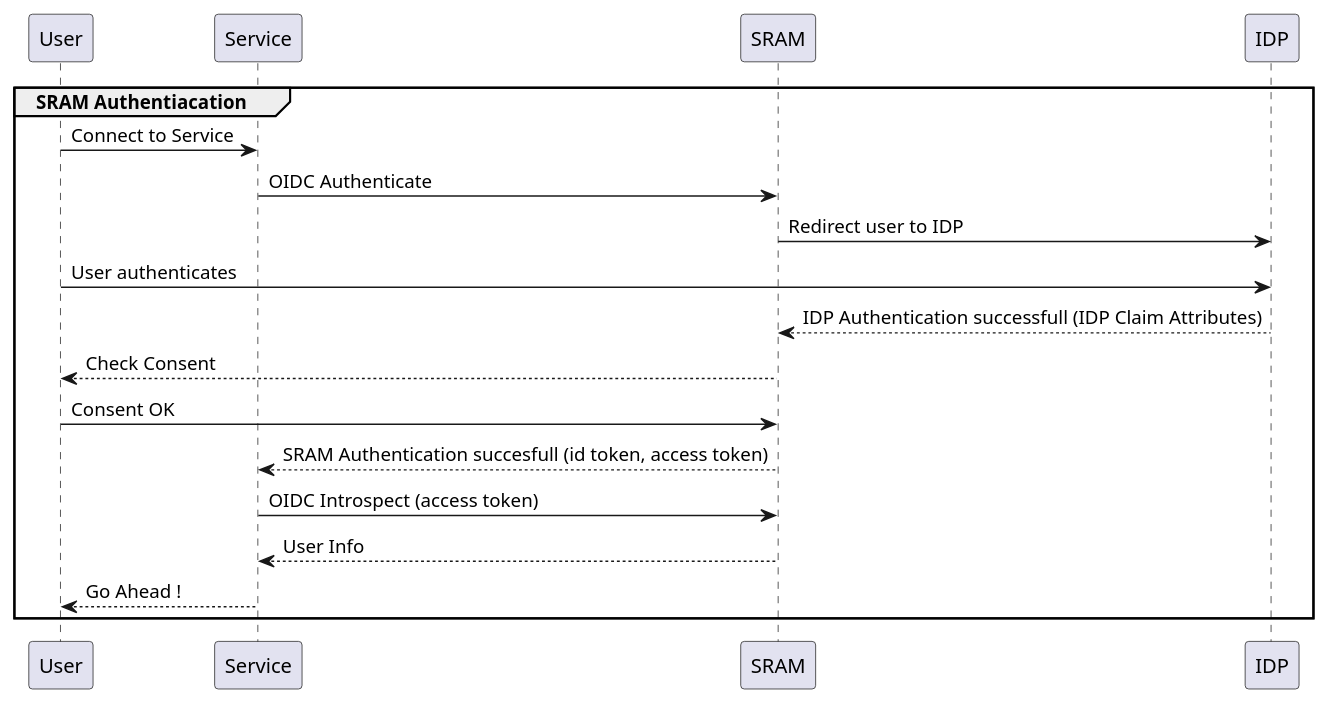
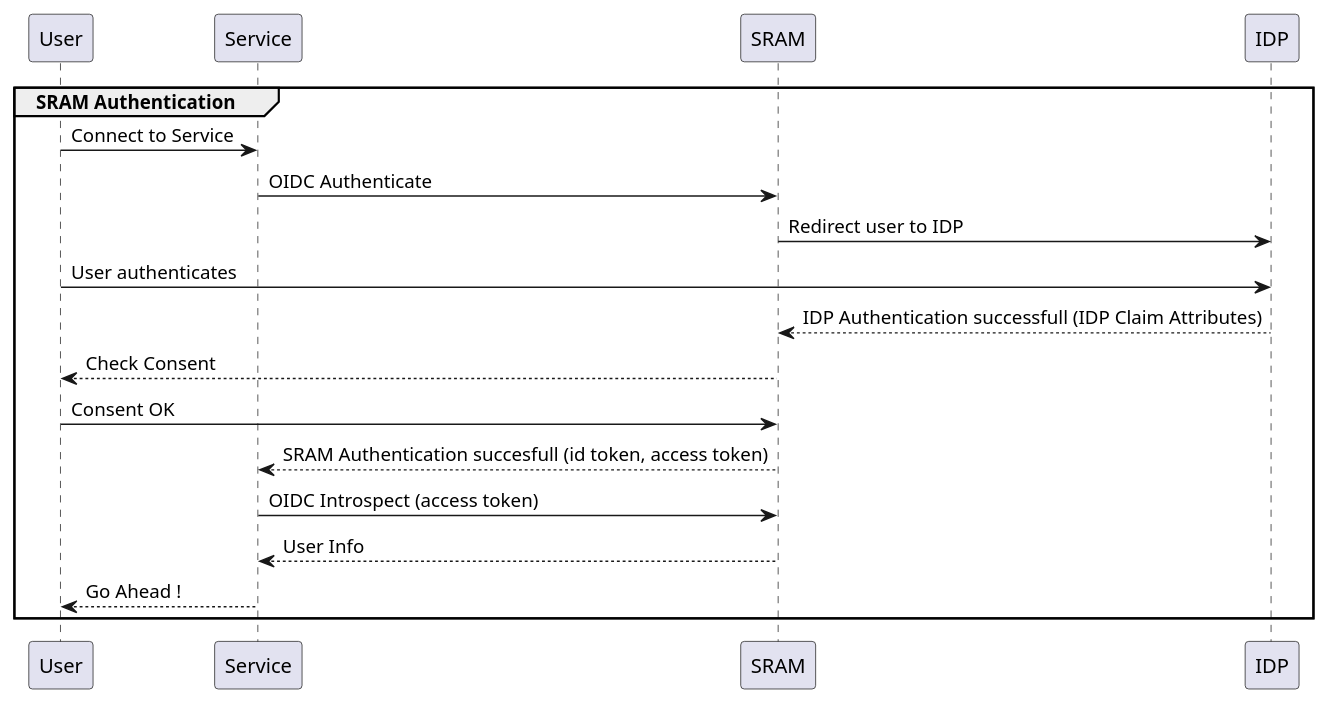
The diagram in assets/SRAM_Authentication.iuml (HarryKodden/SRAM-Token-Service), drawn with PlantUML before and after one commit. The commit also changed 5 other files, not shown here.

```diff
--- a/assets/SRAM_Authentication.iuml
+++ b/assets/SRAM_Authentication.iuml
@@ -1,15 +1,15 @@
 @startuml
-group SRAM Authentiacation
+group SRAM Authentication
     User -> Service: Connect to Service
     Service -> SRAM: OIDC Authenticate
     SRAM -> IDP: Redirect user to IDP
     User -> IDP: User authenticates
     IDP --> SRAM: IDP Authentication successfull (IDP Claim Attributes)
     SRAM --> User: Check Consent
     User -> SRAM: Consent OK
     SRAM --> Service: SRAM Authentication succesfull (id token, access token)
     Service -> SRAM: OIDC Introspect (access token)
     SRAM --> Service: User Info
     Service --> User: Go Ahead !
 end
 @enduml
```
